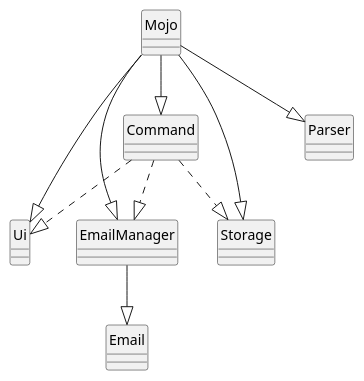
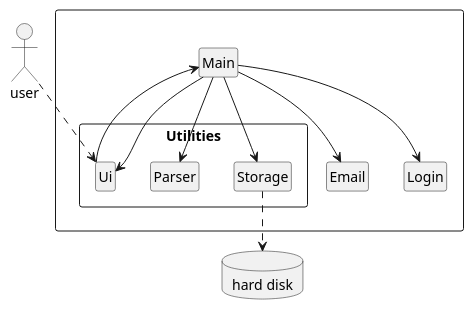
Before and after one commit to yanli1215/tp: the diagram in docs/UML diagrams/OverviewClassDiagram.puml, drawn with PlantUML. The commit also changed 9 other files, not shown here.

Commit message:
Add content page, simplify diagrams

```diff
--- a/docs/UML diagrams/OverviewClassDiagram.puml
+++ b/docs/UML diagrams/OverviewClassDiagram.puml
@@ -1,26 +1,34 @@
 @startuml
 'https://plantuml.com/class-diagram
 
 hide circle
+hide members
 skinparam classAttributeIconSize 0
 
-class Mojo
-class Ui
-class Parser
-class EmailManager
-class Command
-class Email
+allowmixing
+actor user
+database "hard disk"
 
-Mojo --|> EmailManager
-Mojo --|> Ui
-Mojo --|> Storage
-Mojo --|> Parser
-Mojo --|> Command
+Package " "<<Rectangle>>{
+    class Main
+    class Login
+    class Email
+    Package "Utilities"<<Rectangle>>{
+        class Parser
+        class Ui
+        class Storage
+    }
+}
 
-Command ..|> EmailManager
-Command ..|> Ui
-Command ..|> Storage
+user ..> Ui
+Ui --> Main
 
-EmailManager --|> Email
+Main --> Ui
+Main --> Login
+Main --> Email
+
+Main --> Storage
+Main --> Parser
+Storage ..> "hard disk"
 
 @enduml
```
